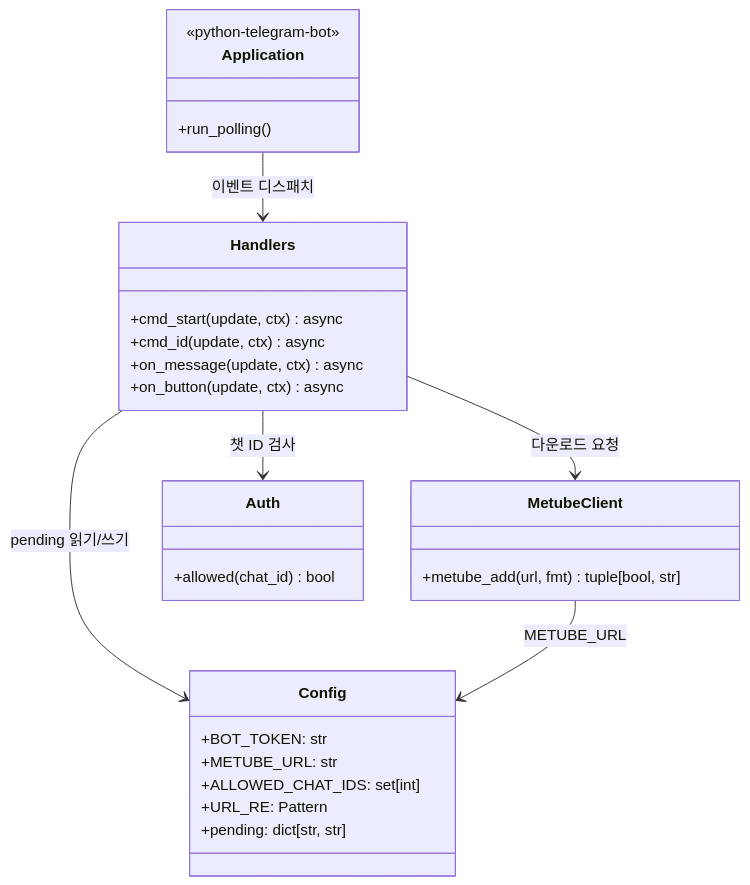
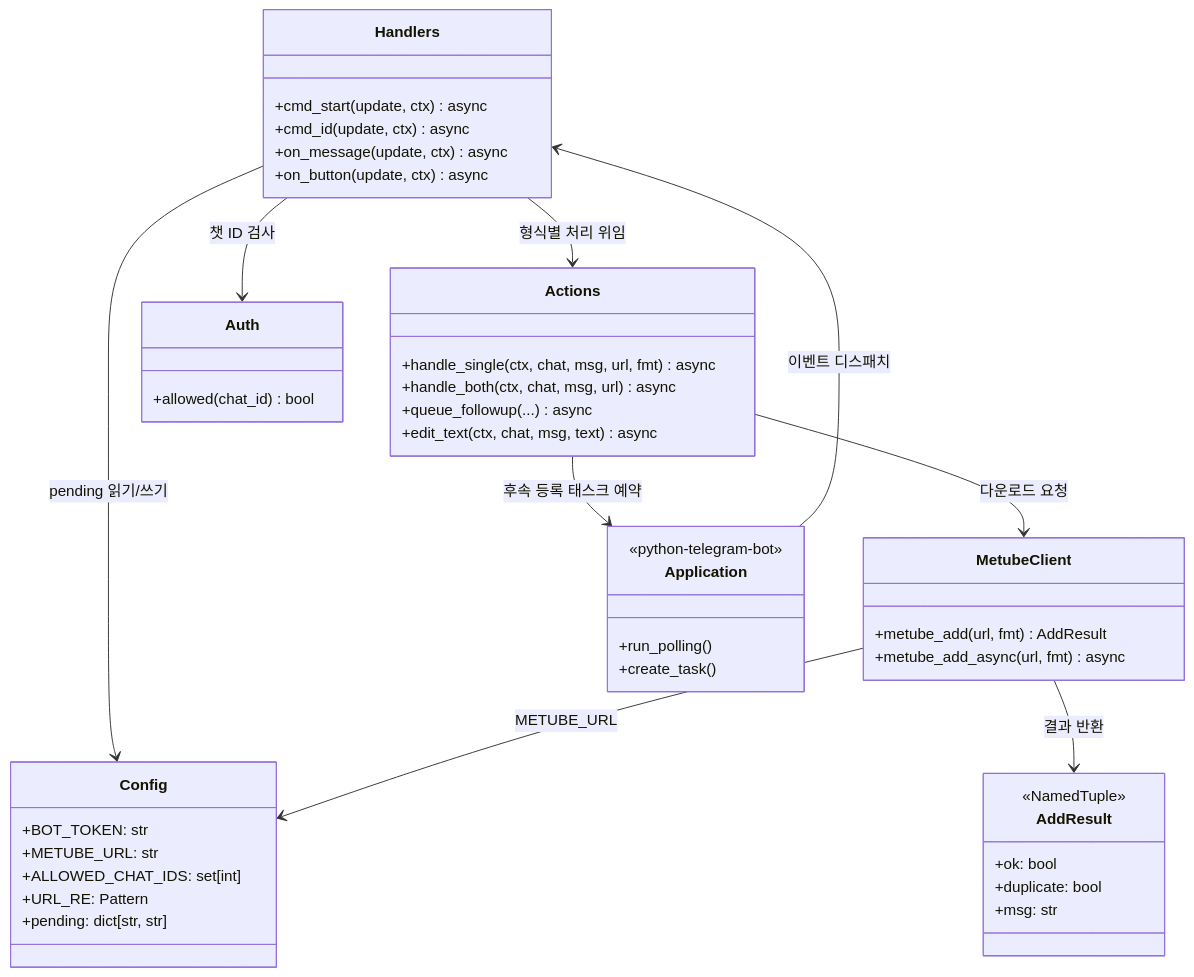
One commit to progh2/metube-telegram-bot changed the sixth of 7 diagrams in README.md. Above: the diagram before and after it, drawn with Mermaid. The commit also changed other lines of this file and 1 other file, not shown here.

````diff
--- a/README.md
+++ b/README.md
@@ -166,36 +210,55 @@
 ```mermaid
 classDiagram
     class Config {
         +BOT_TOKEN: str
         +METUBE_URL: str
         +ALLOWED_CHAT_IDS: set[int]
         +URL_RE: Pattern
         +pending: dict[str, str]
     }
 
     class Handlers {
         +cmd_start(update, ctx) async
         +cmd_id(update, ctx) async
         +on_message(update, ctx) async
         +on_button(update, ctx) async
     }
 
+    class Actions {
+        +handle_single(ctx, chat, msg, url, fmt) async
+        +handle_both(ctx, chat, msg, url) async
+        +queue_followup(...) async
+        +edit_text(ctx, chat, msg, text) async
+    }
+
     class MetubeClient {
-        +metube_add(url, fmt) tuple[bool, str]
+        +metube_add(url, fmt) AddResult
+        +metube_add_async(url, fmt) async
+    }
+
+    class AddResult {
+        <<NamedTuple>>
+        +ok: bool
+        +duplicate: bool
+        +msg: str
     }
 
     class Auth {
         +allowed(chat_id) bool
     }
 
     class Application {
         <<python-telegram-bot>>
         +run_polling()
+        +create_task()
     }
 
     Application --> Handlers : 이벤트 디스패치
     Handlers --> Auth : 챗 ID 검사
     Handlers --> Config : pending 읽기/쓰기
-    Handlers --> MetubeClient : 다운로드 요청
+    Handlers --> Actions : 형식별 처리 위임
+    Actions --> MetubeClient : 다운로드 요청
+    Actions --> Application : 후속 등록 태스크 예약
+    MetubeClient --> AddResult : 결과 반환
     MetubeClient --> Config : METUBE_URL
 ```
````
